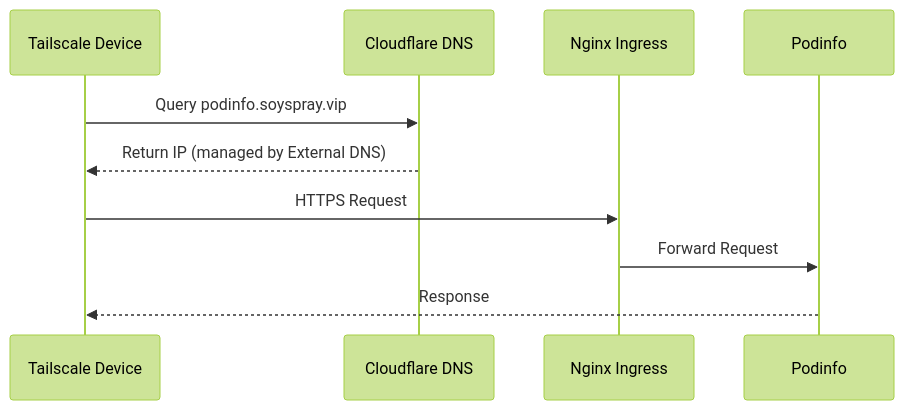
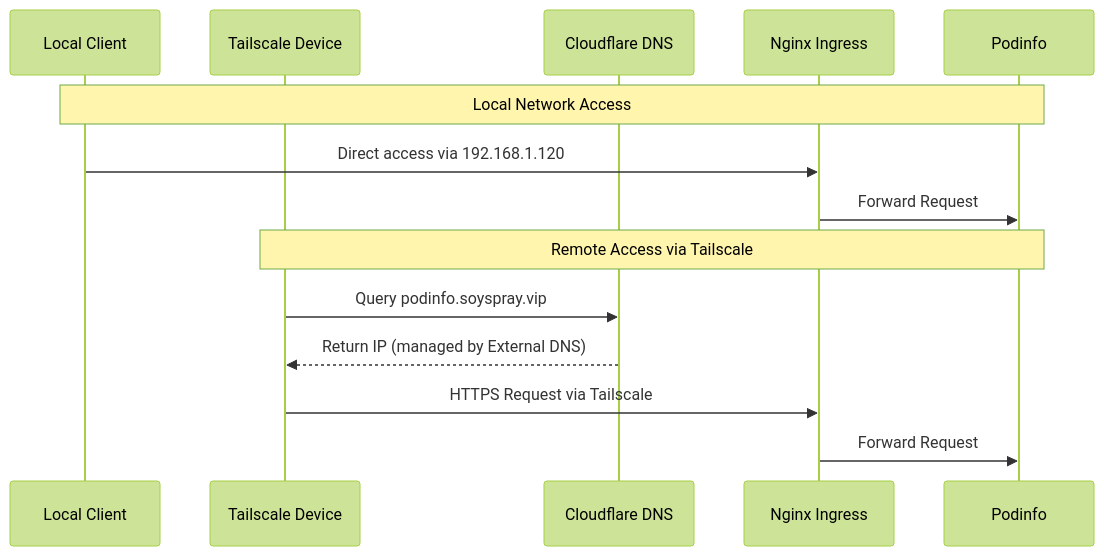
One commit to kpoxo6op/soyspray changed the third of 3 diagrams in soydocs/tailscale-podinfo.md. Above: the diagram before and after it, drawn with Mermaid (forest theme). The commit also changed other lines of this file, not shown here.

Commit message:
podinfo plan

````diff
--- a/soydocs/tailscale-podinfo.md
+++ b/soydocs/tailscale-podinfo.md
@@ -31,13 +206,18 @@
 ```mermaid
 sequenceDiagram
-    participant User as Tailscale Device
+    participant Local as Local Client
+    participant TS as Tailscale Device
     participant DNS as Cloudflare DNS
     participant NI as Nginx Ingress
     participant Pod as Podinfo
 
-    User->>DNS: Query podinfo.soyspray.vip
-    DNS-->>User: Return IP (managed by External DNS)
-    User->>NI: HTTPS Request
+    Note over Local,Pod: Local Network Access
+    Local->>NI: Direct access via 192.168.1.120
     NI->>Pod: Forward Request
-    Pod-->>User: Response
+
+    Note over TS,Pod: Remote Access via Tailscale
+    TS->>DNS: Query podinfo.soyspray.vip
+    DNS-->>TS: Return IP (managed by External DNS)
+    TS->>NI: HTTPS Request via Tailscale
+    NI->>Pod: Forward Request
 ```
````
